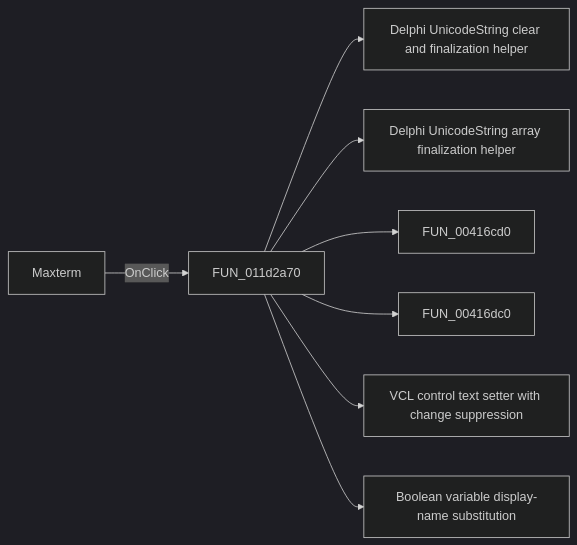
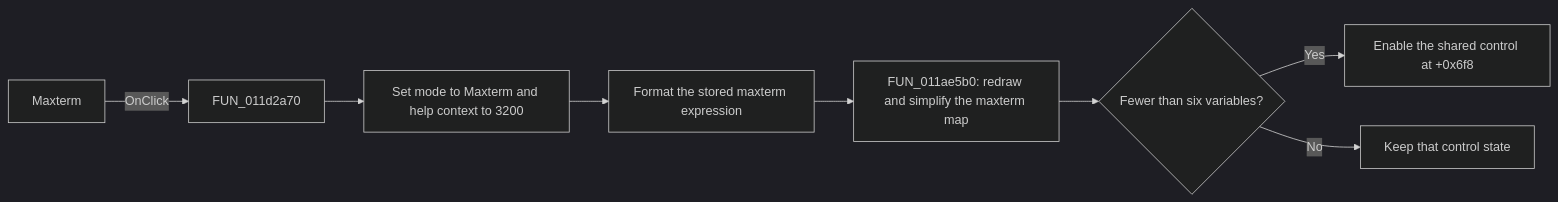
Before and after one commit to MovGP0/TIARA: the diagram in docs/ui-controls/vk-form/btnmaxterm-0387052ba4.md, drawn with Mermaid (dark theme). The commit also changed other lines of this file and 1062 other files, not shown here.

````diff
--- a/docs/ui-controls/vk-form/btnmaxterm-0387052ba4.md
+++ b/docs/ui-controls/vk-form/btnmaxterm-0387052ba4.md
@@ -27,10 +29,10 @@
 ```mermaid
 flowchart LR
     control["Maxterm"] -->|OnClick| handler["FUN_011d2a70"]
-    handler --> call1["Delphi UnicodeString clear and finalization helper"]
-    handler --> call2["Delphi UnicodeString array finalization helper"]
-    handler --> call3["FUN_00416cd0"]
-    handler --> call4["FUN_00416dc0"]
-    handler --> call5["VCL control text setter with change suppression"]
-    handler --> call6["Boolean variable display-name substitution"]
+    handler --> selectMode["Set mode to Maxterm and help context to 3200"]
+    selectMode --> sourceText["Format the stored maxterm expression"]
+    sourceText --> render["FUN_011ae5b0: redraw and simplify the maxterm map"]
+    render --> variableCount{"Fewer than six variables?"}
+    variableCount -->|Yes| enableShared["Enable the shared control at +0x6f8"]
+    variableCount -->|No| keepState["Keep that control state"]
 ```
````
